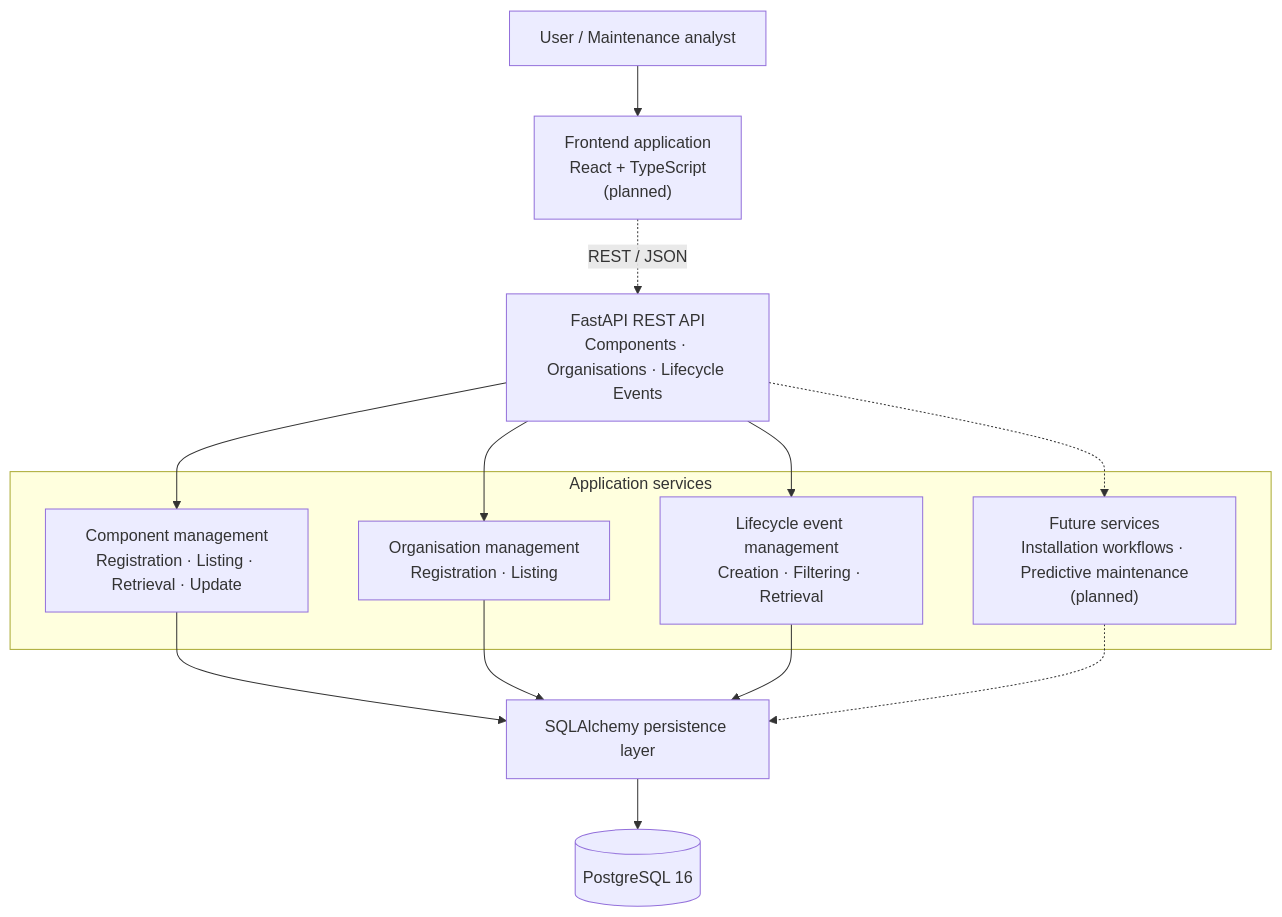
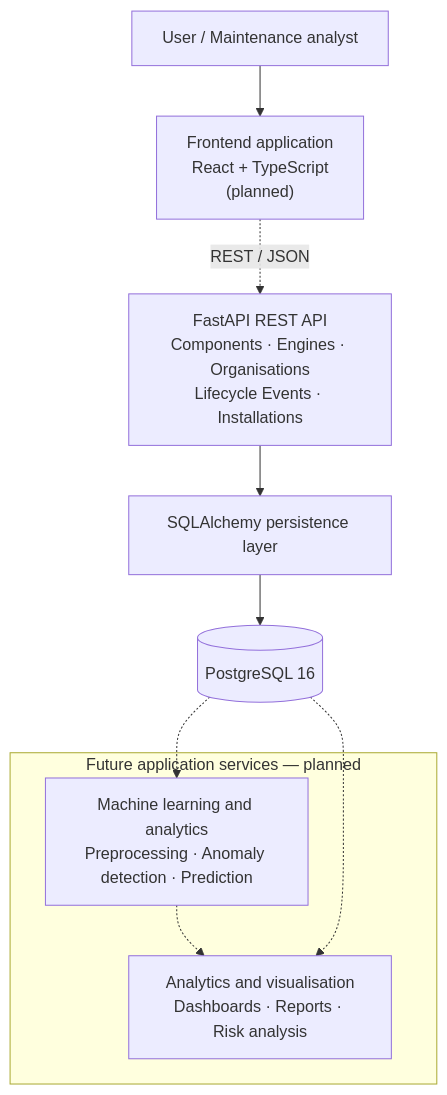
The third of 3 diagrams in README.md (krista9669/aerotrace), drawn with Mermaid before and after one commit. The commit also changed other lines of this file and 7 other files, not shown here.

Commit message:
feat: implement engine and component installation workflows

````diff
--- a/README.md
+++ b/README.md
@@ -218,25 +313,19 @@
 ```mermaid
 flowchart TB
     User["User / Maintenance analyst"]
     UI["Frontend application<br/>React + TypeScript<br/>(planned)"]
-    API["FastAPI REST API<br/>Components · Organisations · Lifecycle Events"]
-    subgraph Services["Application services"]
-        Components["Component management<br/>Registration · Listing · Retrieval · Update"]
-        Organisations["Organisation management<br/>Registration · Listing"]
-        Lifecycle["Lifecycle event management<br/>Creation · Filtering · Retrieval"]
-        Future["Future services<br/>Installation workflows · Predictive maintenance<br/>(planned)"]
+    API["FastAPI REST API<br/>Components · Engines · Organisations<br/>Lifecycle Events · Installations"]
+    subgraph Services["Future application services — planned"]
+        ML["Machine learning and analytics<br/>Preprocessing · Anomaly detection · Prediction"]
+        Reports["Analytics and visualisation<br/>Dashboards · Reports · Risk analysis"]
     end
     ORM["SQLAlchemy persistence layer"]
     DB[("PostgreSQL 16")]
     User --> UI
     UI -.->|"REST / JSON"| API
-    API --> Components
-    API --> Organisations
-    API --> Lifecycle
-    API -.-> Future
-    Components --> ORM
-    Organisations --> ORM
-    Lifecycle --> ORM
-    Future -.-> ORM
+    API --> ORM
     ORM --> DB
+    DB -.-> ML
+    ML -.-> Reports
+    DB -.-> Reports
 ```
````
